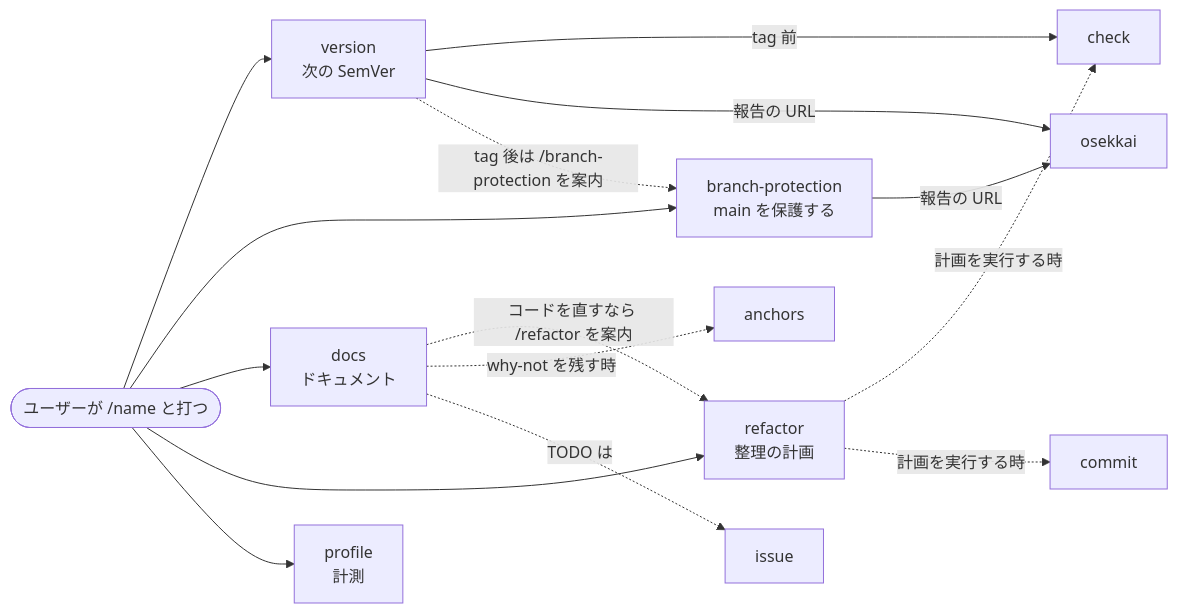
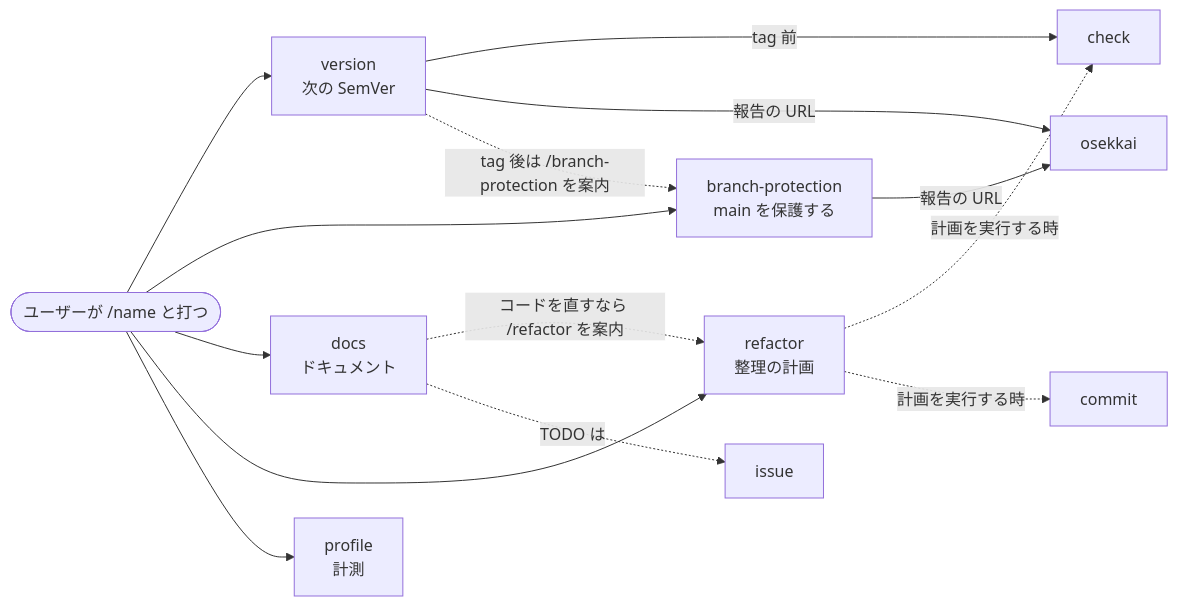
One commit to Xantibody/dotfiles changed the second of 4 diagrams in configs/agents/README.md. Above: the diagram before and after it, drawn with Mermaid. The commit also changed other lines of this file and 7 other files, not shown here.

````diff
--- a/configs/agents/README.md
+++ b/configs/agents/README.md
@@ -62,25 +58,23 @@
 ```mermaid
 flowchart LR
   user(["ユーザーが /name と打つ"])
   version["version<br/>次の SemVer"]
   bp["branch-protection<br/>main を保護する"]
   docs["docs<br/>ドキュメント"]
   refactor["refactor<br/>整理の計画"]
   profile["profile<br/>計測"]
   check["check"]
   commit["commit"]
   osekkai["osekkai"]
-  anchors["anchors"]
   issue["issue"]
 
   user --> version & bp & docs & refactor & profile
   version -->|"tag 前"| check
   version -->|"報告の URL"| osekkai
   version -.->|"tag 後は /branch-protection を案内"| bp
   bp -->|"報告の URL"| osekkai
   docs -.->|"コードを直すなら /refactor を案内"| refactor
-  docs -.->|"why-not を残す時"| anchors
   docs -.->|"TODO は"| issue
   refactor -.->|"計画を実行する時"| check
   refactor -.->|"計画を実行する時"| commit
 ```
````
